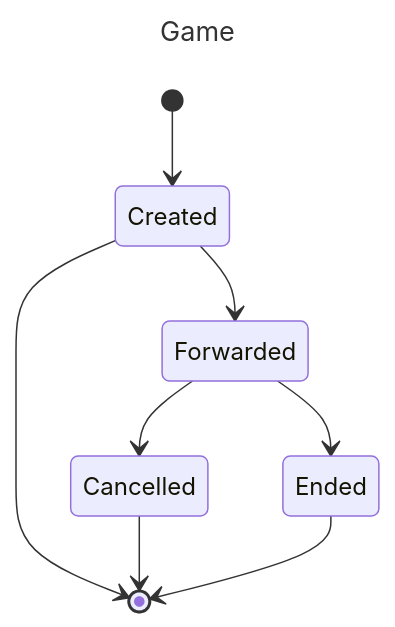
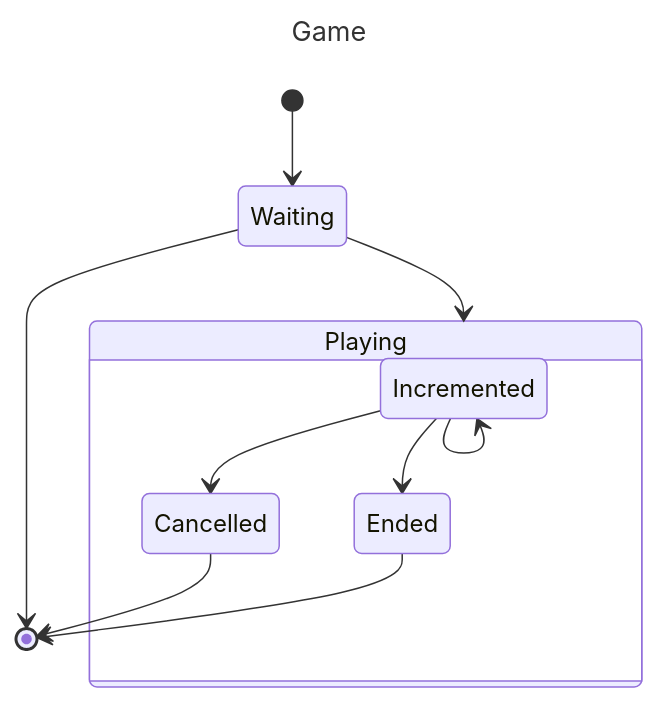
One commit to miwashi-edu/edu-http-classic-gomoku-js changed the diagram in README.md. Above: the diagram before and after it, drawn with Mermaid. The commit also changed other lines of this file, not shown here.

````diff
--- a/README.md
+++ b/README.md
@@ -87,13 +6,16 @@
 ```mermaid
 ---
 title: Game
 ---
 stateDiagram-v2
-    [*] --> Created
-    Created --> [*]
-    Created --> Forwarded
-    Forwarded --> Ended
-    Forwarded --> Cancelled
+    [*] --> Waiting
+    Waiting --> [*]
+    Waiting --> Playing
+    state Playing {
+        Incremented --> Incremented
+        Incremented --> Ended
+        Incremented --> Cancelled
+    }
     Cancelled --> [*]
     Ended --> [*]
 ```
````
